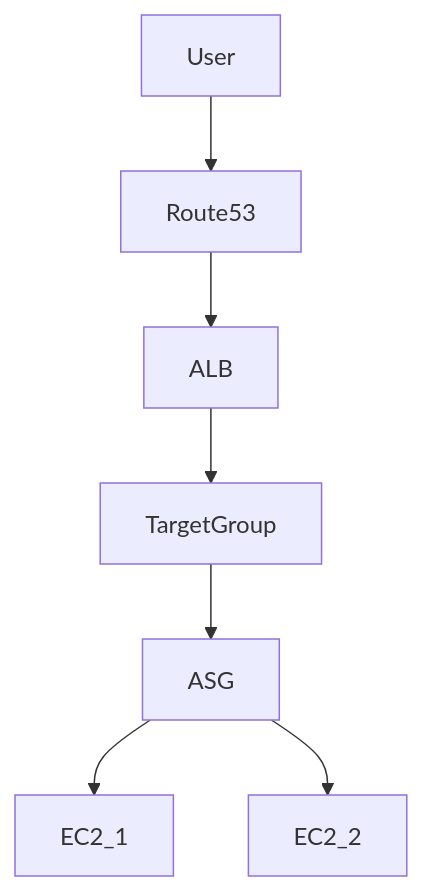
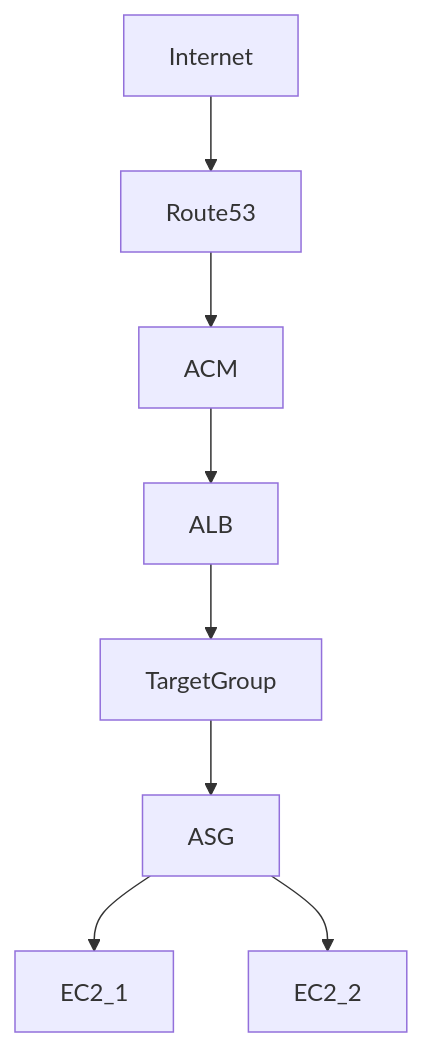
One commit to tclinux/terraform-aws-nginx-alb changed the diagram in README.md. Above: the diagram before and after it, drawn with Mermaid. The commit also changed other lines of this file, not shown here.

````diff
--- a/README.md
+++ b/README.md
@@ -42,9 +44,10 @@
 ```mermaid
 graph TD
-    User --> Route53
-    Route53 --> ALB
+    Internet--> Route53
+    Route53 --> ACM
+    ACM --> ALB
     ALB --> TargetGroup
     TargetGroup --> ASG
     ASG --> EC2_1
     ASG --> EC2_2
 ```
````
